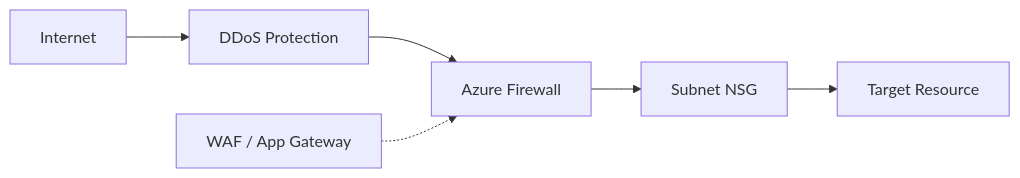
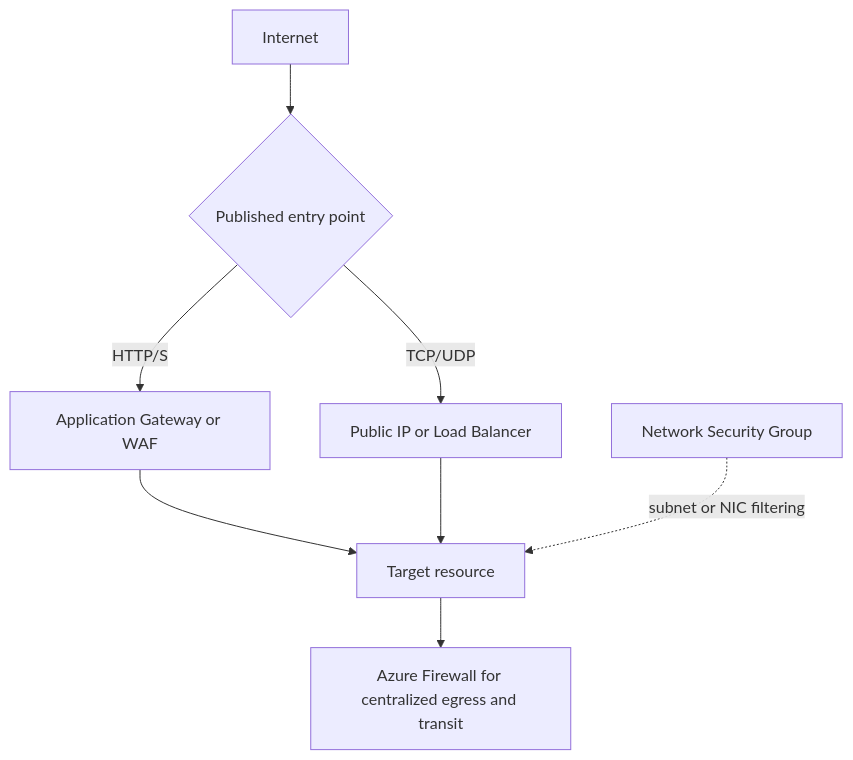
One commit to yeongseon/azure-networking-practical-guide changed the diagram in docs/platform/network-security-basics.md. Above: the diagram before and after it, drawn with Mermaid. The commit also changed other lines of this file and 75 other files, not shown here.

First line of the commit message:
feat: add MSLearn source attribution to all 81 mermaid diagrams

````diff
--- a/docs/platform/network-security-basics.md
+++ b/docs/platform/network-security-basics.md
@@ -17,8 +26,10 @@
 ```mermaid
-graph LR
-    Internet[Internet] --> DDoS[DDoS Protection]
-    DDoS --> AFW[Azure Firewall]
-    AFW --> NSG[Subnet NSG]
-    NSG --> VM[Target Resource]
-    WAF[WAF / App Gateway] -.-> AFW
+graph TD
+    Internet[Internet] --> Edge{Published entry point}
+    Edge -->|HTTP/S| WAF[Application Gateway or WAF]
+    Edge -->|TCP/UDP| LB[Public IP or Load Balancer]
+    WAF --> Workload[Target resource]
+    LB --> Workload
+    NSG[Network Security Group] -. subnet or NIC filtering .-> Workload
+    Workload --> Firewall[Azure Firewall for centralized egress and transit]
 ```
````
